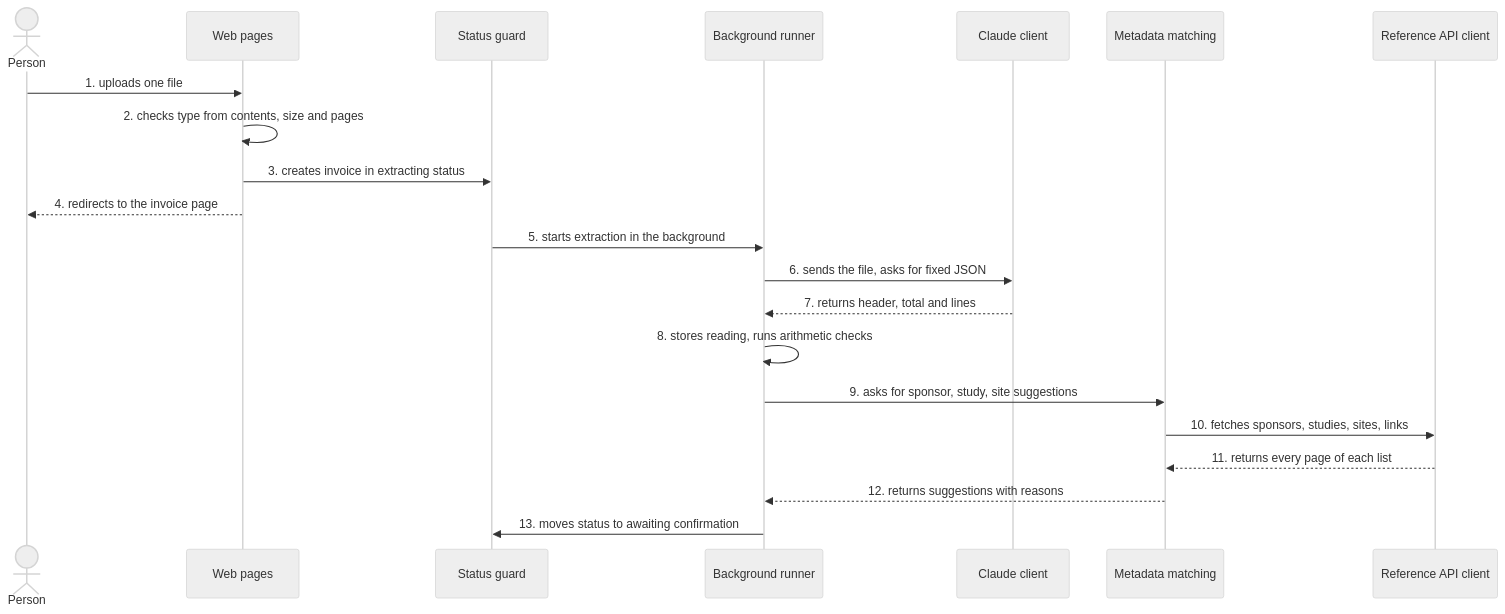
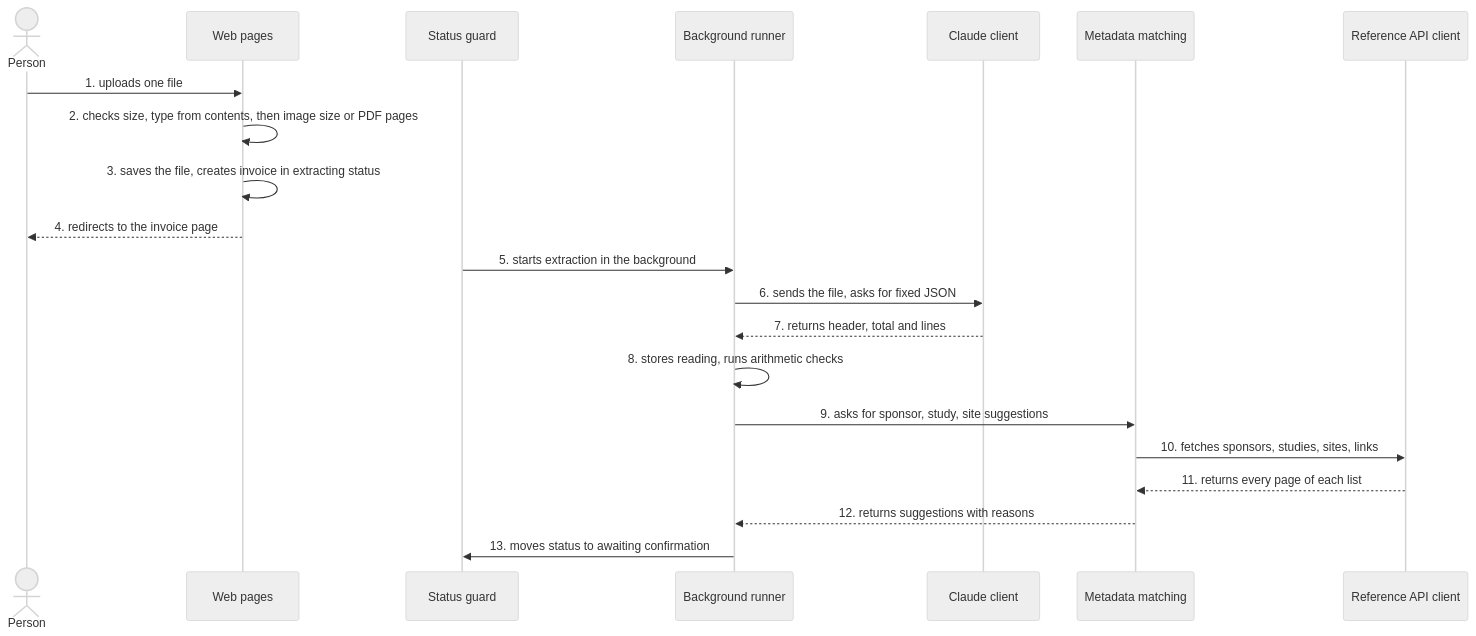
The fourth of 14 diagrams in docs/ARCHITECTURE.md (lucycchi/ai-invoice-ingestion-platform), drawn with Mermaid (neutral theme) before and after one commit. The commit also changed other lines of this file and 17 other files, not shown here.

````diff
--- a/docs/ARCHITECTURE.md
+++ b/docs/ARCHITECTURE.md
@@ -256,24 +259,24 @@
 ```mermaid
 sequenceDiagram
     actor U as Person
     participant P as Web pages
     participant G as Status guard
     participant R as Background runner
     participant C as Claude client
     participant M as Metadata matching
     participant A as Reference API client
 
     U->>P: 1. uploads one file
-    P->>P: 2. checks type from contents, size and pages
-    P->>G: 3. creates invoice in extracting status
+    P->>P: 2. checks size, type from contents, then image size or PDF pages
+    P->>P: 3. saves the file, creates invoice in extracting status
     P-->>U: 4. redirects to the invoice page
     G->>R: 5. starts extraction in the background
     R->>C: 6. sends the file, asks for fixed JSON
     C-->>R: 7. returns header, total and lines
     R->>R: 8. stores reading, runs arithmetic checks
     R->>M: 9. asks for sponsor, study, site suggestions
     M->>A: 10. fetches sponsors, studies, sites, links
     A-->>M: 11. returns every page of each list
     M-->>R: 12. returns suggestions with reasons
     R->>G: 13. moves status to awaiting confirmation
 ```
````
